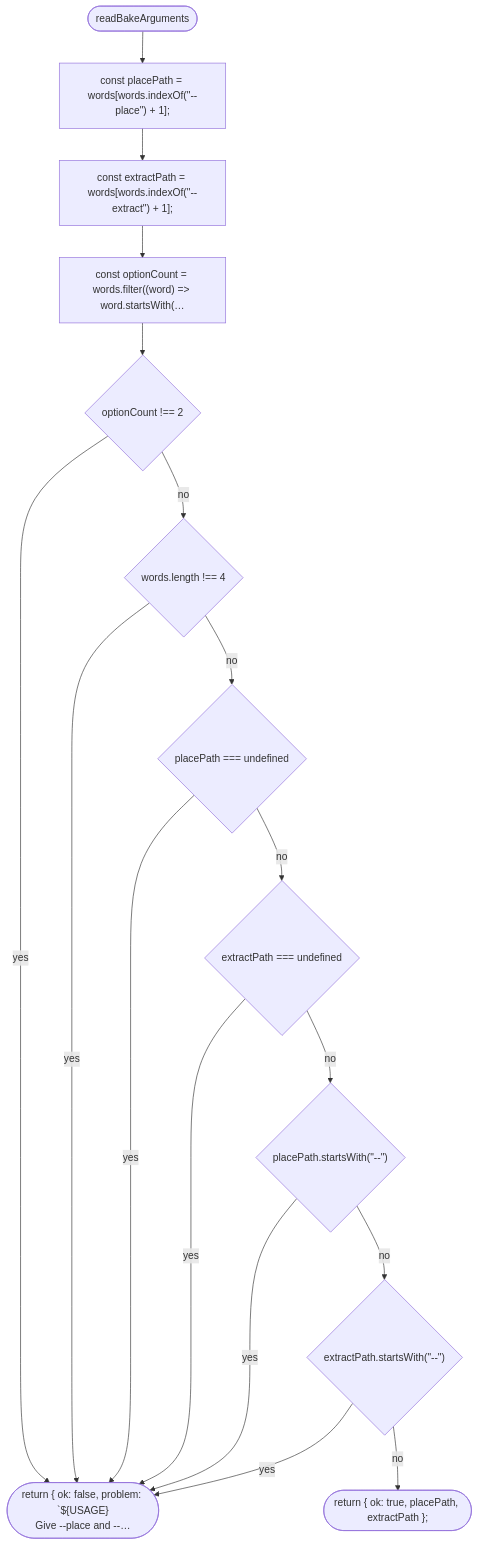
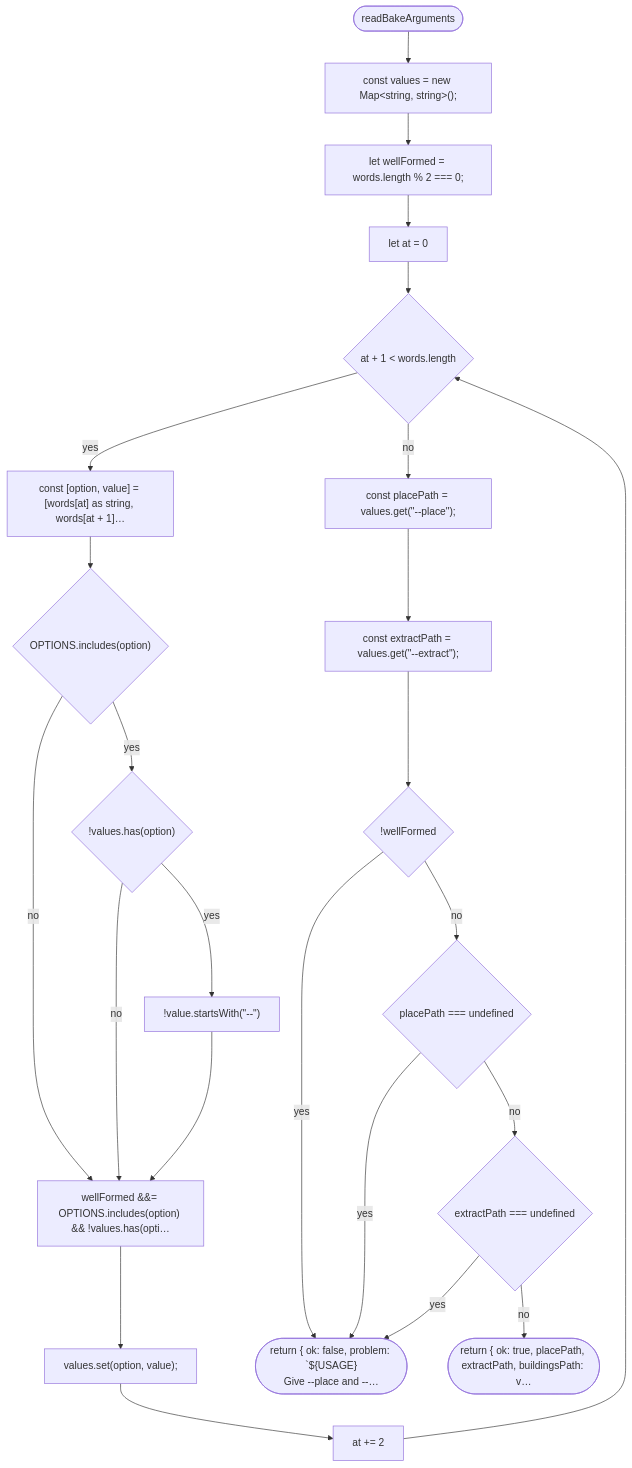
Before and after one commit to NewDara-Star/world-engine: the first of 3 diagrams in docs/flows/tools/bake/cli.md, drawn with Mermaid. The commit also changed other lines of this file and 306 other files, not shown here.

First line of the commit message:
Scope 006: buildings from OpenStreetMap

````diff
--- a/docs/flows/tools/bake/cli.md
+++ b/docs/flows/tools/bake/cli.md
@@ -7,31 +7,45 @@
 ```mermaid
 flowchart TD
   n1(["readBakeArguments"])
-  n2["const placePath = words[words.indexOf(#quot;--place#quot;) + 1];"]
-  n3["const extractPath = words[words.indexOf(#quot;--extract#quot;) + 1];"]
-  n4["const optionCount = words.filter((word) =#gt; word.startsWith(…"]
-  n5{"optionCount !== 2"}
-  n6{"words.length !== 4"}
-  n7{"placePath === undefined"}
-  n8{"extractPath === undefined"}
-  n9{"placePath.startsWith(#quot;--#quot;)"}
-  n10{"extractPath.startsWith(#quot;--#quot;)"}
-  n11(["return { ok: false, problem: #96;${USAGE}\nGive --place and --…"])
-  n12(["return { ok: true, placePath, extractPath };"])
+  n2["const values = new Map#lt;string, string#gt;();"]
+  n3["let wellFormed = words.length % 2 === 0;"]
+  n4["let at = 0"]
+  n5{"at + 1 #lt; words.length"}
+  n6["const [option, value] = [words[at] as string, words[at + 1]…"]
+  n7{"OPTIONS.includes(option)"}
+  n8{"!values.has(option)"}
+  n9["!value.startsWith(#quot;--#quot;)"]
+  n10["wellFormed &&= OPTIONS.includes(option) && !values.has(opti…"]
+  n11["values.set(option, value);"]
+  n12["at += 2"]
+  n13["const placePath = values.get(#quot;--place#quot;);"]
+  n14["const extractPath = values.get(#quot;--extract#quot;);"]
+  n15{"!wellFormed"}
+  n16{"placePath === undefined"}
+  n17{"extractPath === undefined"}
+  n18(["return { ok: false, problem: #96;${USAGE}\nGive --place and --…"])
+  n19(["return { ok: true, placePath, extractPath, buildingsPath: v…"])
   n1 --> n2
   n2 --> n3
   n3 --> n4
   n4 --> n5
-  n5 -->|"no"| n6
-  n6 -->|"no"| n7
-  n7 -->|"no"| n8
-  n8 -->|"no"| n9
-  n9 -->|"no"| n10
-  n5 -->|"yes"| n11
-  n6 -->|"yes"| n11
-  n7 -->|"yes"| n11
-  n8 -->|"yes"| n11
-  n9 -->|"yes"| n11
-  n10 -->|"yes"| n11
-  n10 -->|"no"| n12
+  n5 -->|"yes"| n6
+  n6 --> n7
+  n7 -->|"yes"| n8
+  n8 -->|"yes"| n9
+  n7 -->|"no"| n10
+  n8 -->|"no"| n10
+  n9 --> n10
+  n10 --> n11
+  n11 --> n12
+  n12 --> n5
+  n5 -->|"no"| n13
+  n13 --> n14
+  n14 --> n15
+  n15 -->|"no"| n16
+  n16 -->|"no"| n17
+  n15 -->|"yes"| n18
+  n16 -->|"yes"| n18
+  n17 -->|"yes"| n18
+  n17 -->|"no"| n19
 ```
````
